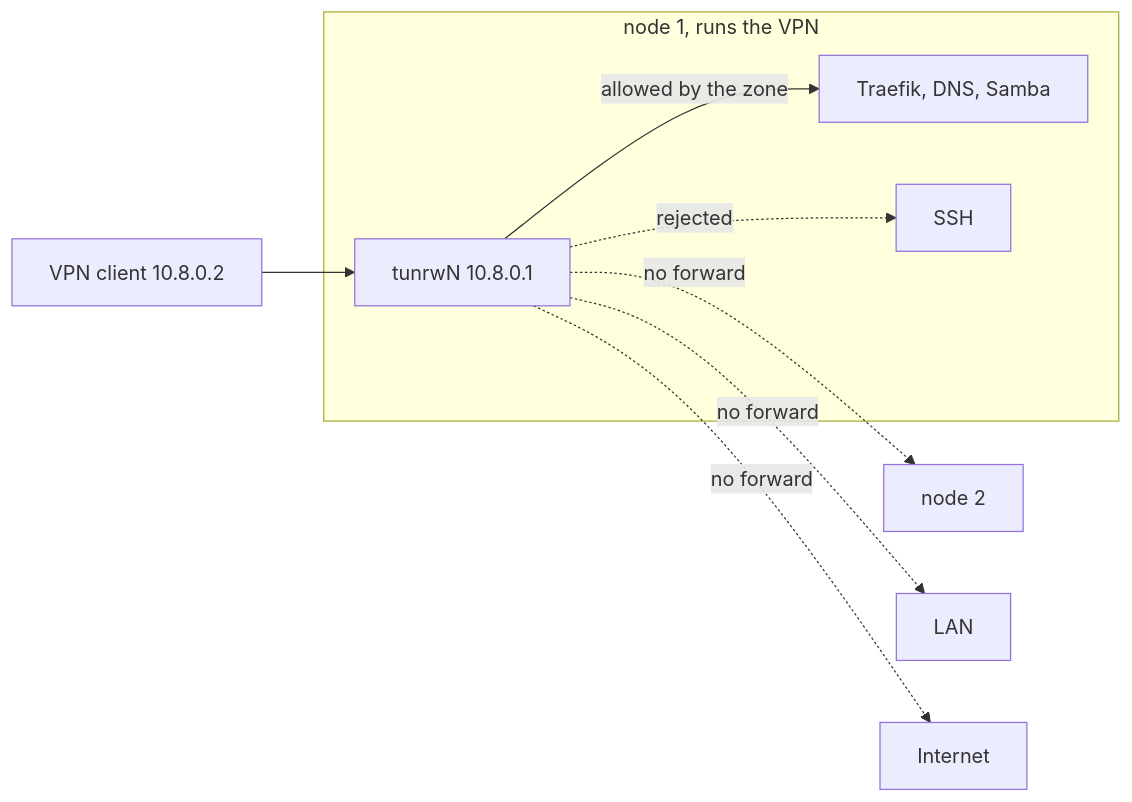
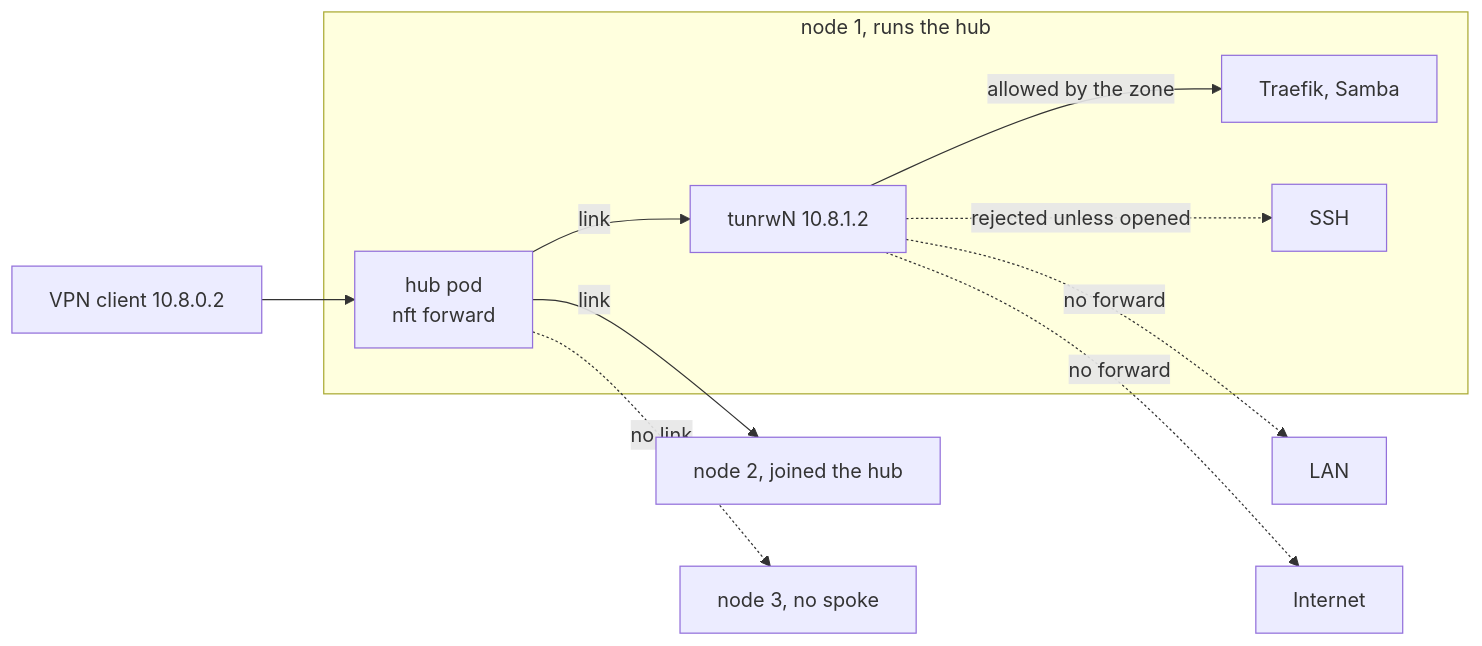
Before and after one commit to stephdl/ns8-roadwarrior: the third of 7 diagrams in docs/network.md, drawn with Mermaid. The commit also changed other lines of this file and 64 other files, not shown here.

````diff
--- a/docs/network.md
+++ b/docs/network.md
@@ -82,21 +88,25 @@
 ```mermaid
 flowchart LR
     client["VPN client 10.8.0.2"]
 
-    subgraph node1["node 1, runs the VPN"]
-        tun1["tunrwN 10.8.0.1"]
-        svc["Traefik, DNS, Samba"]
+    subgraph node1["node 1, runs the hub"]
+        pod["hub pod<br/>nft forward"]
+        tun1["tunrwN 10.8.1.2"]
+        svc["Traefik, Samba"]
         ssh1["SSH"]
     end
 
-    node2["node 2"]
+    node2["node 2, joined the hub"]
+    node3["node 3, no spoke"]
     lan["LAN"]
     internet["Internet"]
 
-    client --> tun1
+    client --> pod
+    pod -- "link" --> tun1
     tun1 -- "allowed by the zone" --> svc
-    tun1 -. "rejected" .-> ssh1
-    tun1 -. "no forward" .-> node2
+    tun1 -. "rejected unless opened" .-> ssh1
+    pod -- "link" --> node2
+    pod -. "no link" .-> node3
     tun1 -. "no forward" .-> lan
     tun1 -. "no forward" .-> internet
 ```
````
